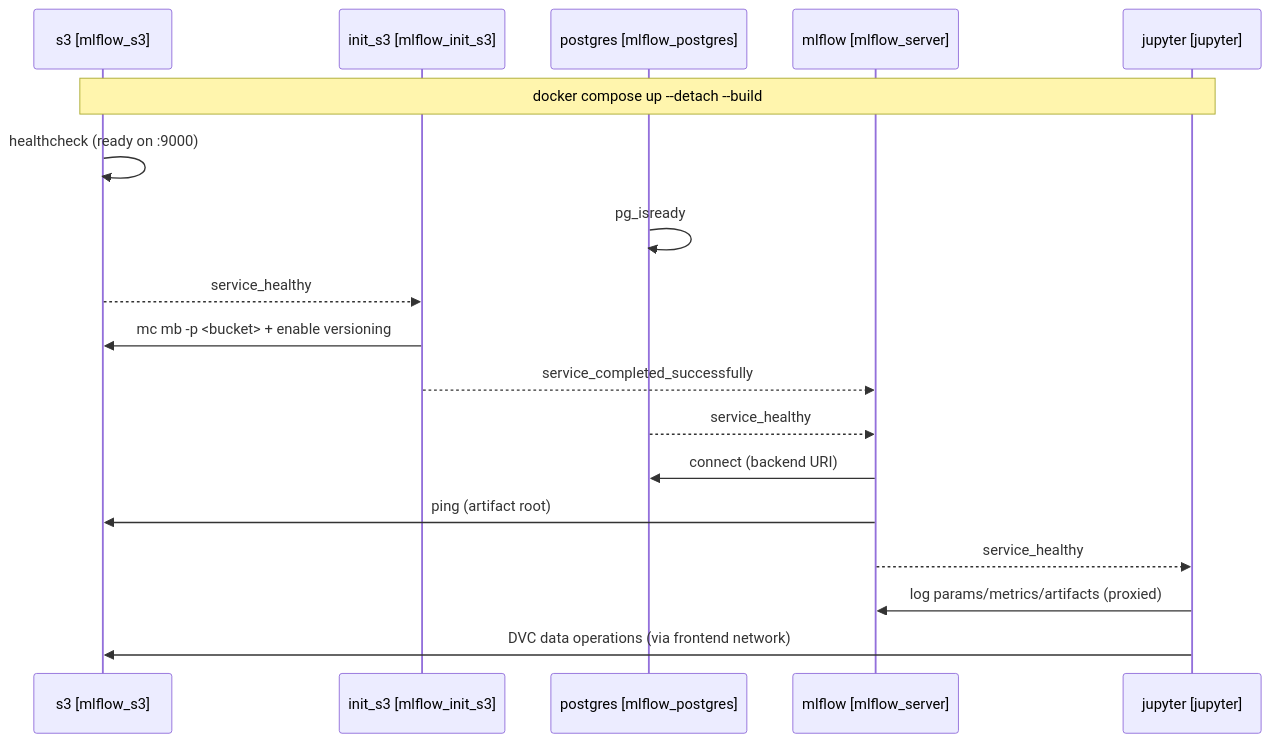
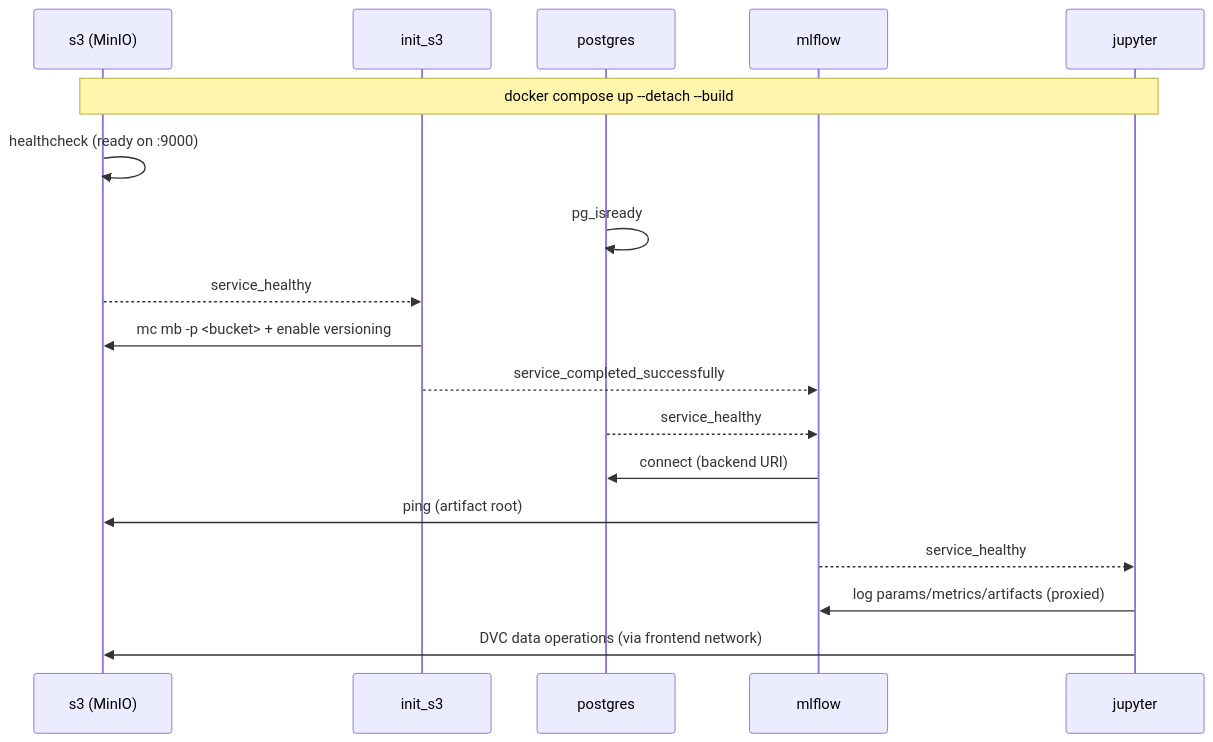
The diagram in README.md (danilkiff/datascience-notebook-template), drawn with Mermaid before and after one commit. The commit also changed other lines of this file and 2 other files, not shown here.

````diff
--- a/README.md
+++ b/README.md
@@ -16,22 +16,22 @@
 ```mermaid
 sequenceDiagram
-  participant S3 as s3 [mlflow_s3]
-  participant Init as init_s3 [mlflow_init_s3]
-  participant PG as postgres [mlflow_postgres]
-  participant MF as mlflow [mlflow_server]
-  participant NB as jupyter [jupyter]
+  participant S3 as s3 (MinIO)
+  participant Init as init_s3
+  participant PG as postgres
+  participant MF as mlflow
+  participant NB as jupyter
 
   Note over S3,NB: docker compose up --detach --build
 
   S3->>S3: healthcheck (ready on :9000)
   PG->>PG: pg_isready
   S3-->>Init: service_healthy
   Init->>S3: mc mb -p <bucket> + enable versioning
   Init-->>MF: service_completed_successfully
   PG-->>MF: service_healthy
   MF->>PG: connect (backend URI)
   MF->>S3: ping (artifact root)
   MF-->>NB: service_healthy
   NB->>MF: log params/metrics/artifacts (proxied)
   NB->>S3: DVC data operations (via frontend network)
 ```
````
